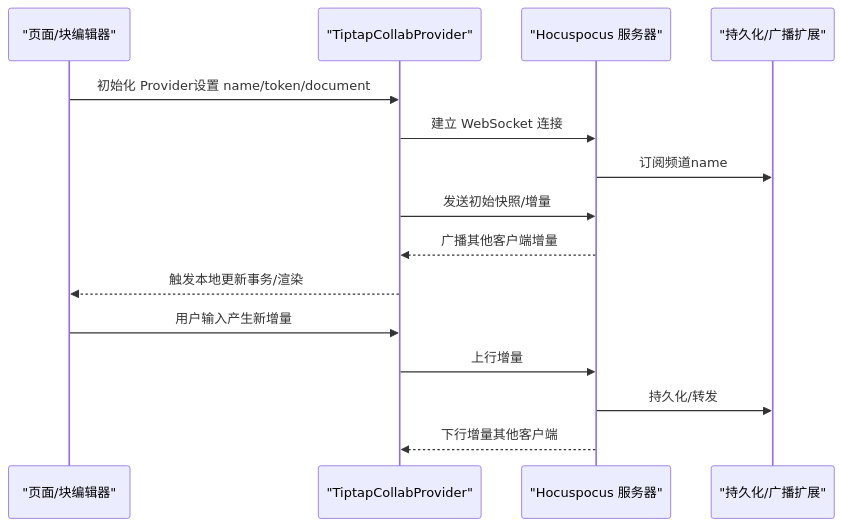
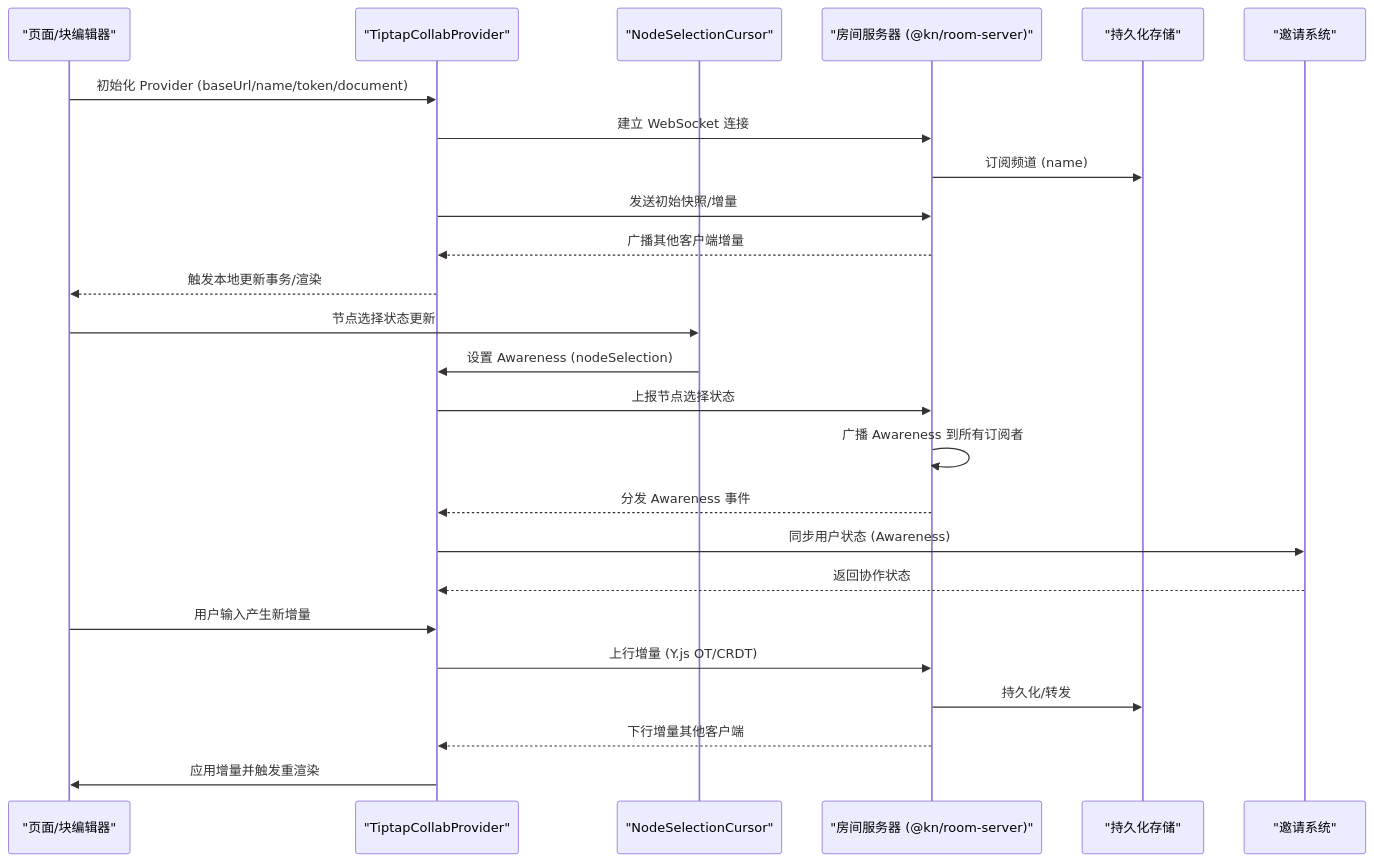
Before and after one commit to LRF0422/Kotion: the second of 18 diagrams in .qoder/repowiki/zh/content/架构设计/实时协作架构.md, drawn with Mermaid. The commit also changed other lines of this file and 75 other files, not shown here.

````diff
--- a/.qoder/repowiki/zh/content/架构设计/实时协作架构.md
+++ b/.qoder/repowiki/zh/content/架构设计/实时协作架构.md
@@ -91,17 +183,27 @@
 ```mermaid
 sequenceDiagram
 participant UI as "页面/块编辑器"
 participant Provider as "TiptapCollabProvider"
-participant Server as "Hocuspocus 服务器"
-participant Store as "持久化/广播扩展"
-UI->>Provider : 初始化 Provider设置 name/token/document
-Provider->>Server : 建立 WebSocket 连接
-Server->>Store : 订阅频道name
-Provider->>Server : 发送初始快照/增量
-Server-->>Provider : 广播其他客户端增量
+participant NodeSel as "NodeSelectionCursor"
+participant RoomServer as "房间服务器 (@kn/room-server)"
+participant Storage as "持久化存储"
+participant Invite as "邀请系统"
+UI->>Provider : 初始化 Provider (baseUrl/name/token/document)
+Provider->>RoomServer : 建立 WebSocket 连接
+RoomServer->>Storage : 订阅频道 (name)
+Provider->>RoomServer : 发送初始快照/增量
+RoomServer-->>Provider : 广播其他客户端增量
 Provider-->>UI : 触发本地更新事务/渲染
+UI->>NodeSel : 节点选择状态更新
+NodeSel->>Provider : 设置 Awareness (nodeSelection)
+Provider->>RoomServer : 上报节点选择状态
+RoomServer->>RoomServer : 广播 Awareness 到所有订阅者
+RoomServer-->>Provider : 分发 Awareness 事件
+Provider->>Invite : 同步用户状态 (Awareness)
+Invite-->>Provider : 返回协作状态
 UI->>Provider : 用户输入产生新增量
-Provider->>Server : 上行增量
-Server->>Store : 持久化/转发
-Server-->>Provider : 下行增量其他客户端
+Provider->>RoomServer : 上行增量 (Y.js OT/CRDT)
+RoomServer->>Storage : 持久化/转发
+RoomServer-->>Provider : 下行增量其他客户端
+Provider->>UI : 应用增量并触发重渲染
 ```
````
